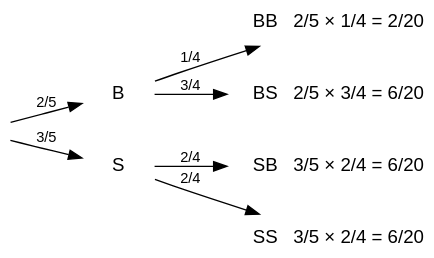
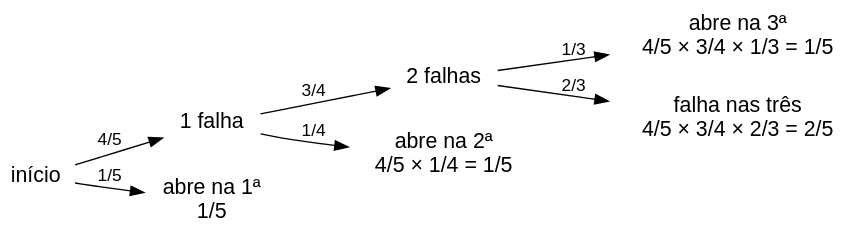
The diagram in content/cap02/04-condicional-independencia.qmd (BragaD/UnDF-Bases3-Estatistica-202602), drawn with Graphviz before and after one commit. The commit also changed other lines of this file and 3 other files, not shown here.

First line of the commit message:
feat: 2.4 com abertura explicada e molho de chaves na regra do produto

````diff
--- a/content/cap02/04-condicional-independencia.qmd
+++ b/content/cap02/04-condicional-independencia.qmd
@@ -75,25 +89,26 @@
 ```{dot}
-//| label: fig-arvore-sem-reposicao
-//| fig-width: 4.5
-//| fig-height: 2.6
-//| fig-alt: "Árvore com dois níveis: primeiro PR com bug ou sem bug, depois o segundo PR, com as probabilidades condicionais em cada galho."
-//| fig-cap: "Dois PRs sorteados sem reposição entre 5 (2 com bug, 3 sem bug). Nos galhos da direita, as probabilidades são condicionais ao primeiro PR."
+//| label: fig-arvore-chaves
+//| fig-width: 6
+//| fig-height: 1.7
+//| fig-alt: "Árvore das tentativas com 5 chaves, sem testar de novo as que falharam. Na primeira tentativa, a chave abre com 1/5 ou falha com 4/5; depois de uma falha, a segunda abre com 1/4 ou falha com 3/4; depois de duas falhas, a terceira abre com 1/3 ou falha com 2/3. Os três caminhos que terminam em abrir têm probabilidade 1/5 cada, e o caminho em que as três primeiras falham tem 2/5."
+//| fig-cap: "Tentativas com um molho de 5 chaves, separando as que falham. Depois da primeira etapa, as probabilidades dos galhos são condicionais às falhas anteriores."
 digraph G {
   rankdir=LR;
   bgcolor="transparent";
-  node [shape=plaintext, fontname="Helvetica"];
-  edge [fontname="Helvetica", fontsize=11];
-  inicio [label=""];
-  B1 [label="B"]; S1 [label="S"];
-  BB [label="BB   2/5 × 1/4 = 2/20"];
-  BS [label="BS   2/5 × 3/4 = 6/20"];
-  SB [label="SB   3/5 × 2/4 = 6/20"];
-  SS [label="SS   3/5 × 2/4 = 6/20"];
-  inicio -> B1 [label="2/5"];
-  inicio -> S1 [label="3/5"];
-  B1 -> BB [label="1/4"];
-  B1 -> BS [label="3/4"];
-  S1 -> SB [label="2/4"];
-  S1 -> SS [label="2/4"];
+  ranksep=0.4; nodesep=0.25;
+  node [shape=plaintext, fontname="Helvetica", fontsize=16];
+  edge [fontname="Helvetica", fontsize=13];
+  inicio [label="início"];
+  F1 [label="1 falha"]; F2 [label="2 falhas"];
+  A1 [label="abre na 1ª\n1/5"];
+  A2 [label="abre na 2ª\n4/5 × 1/4 = 1/5"];
+  A3 [label="abre na 3ª\n4/5 × 3/4 × 1/3 = 1/5"];
+  F3 [label="falha nas três\n4/5 × 3/4 × 2/3 = 2/5"];
+  inicio -> A1 [label="1/5"];
+  inicio -> F1 [label="4/5"];
+  F1 -> A2 [label="1/4"];
+  F1 -> F2 [label="3/4"];
+  F2 -> A3 [label="1/3"];
+  F2 -> F3 [label="2/3"];
 }
 ```
````
